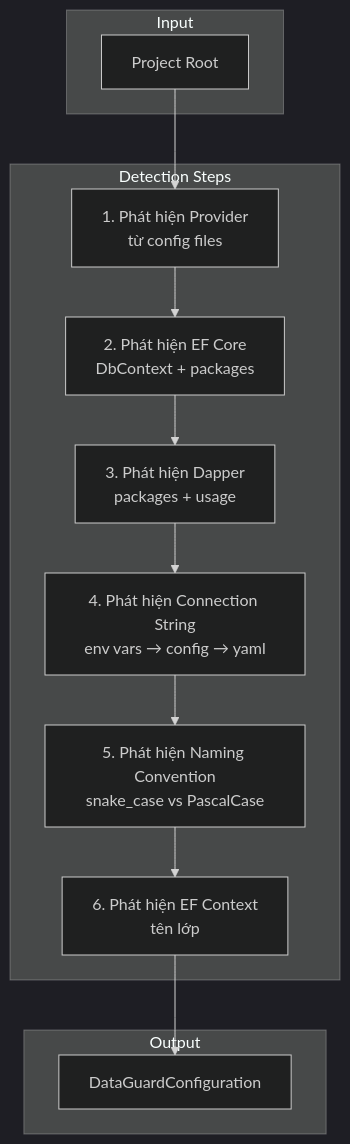
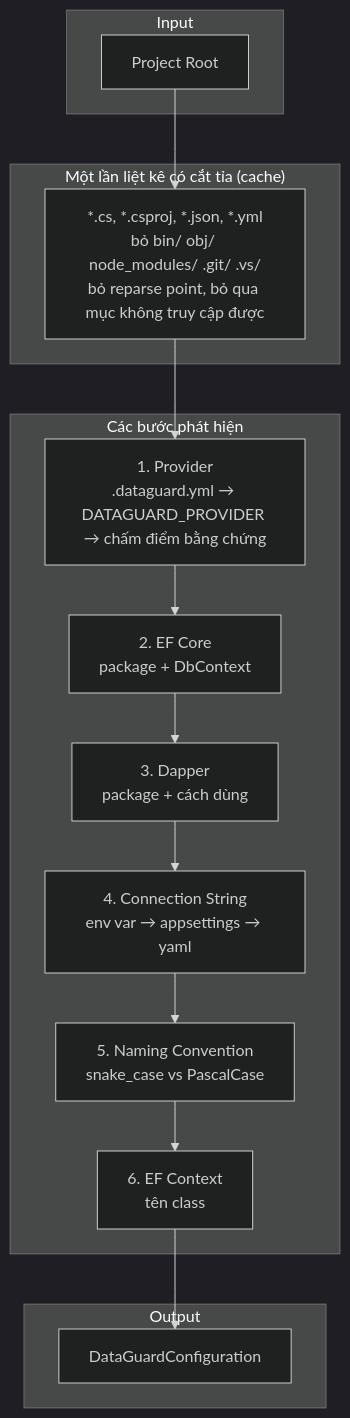
Before and after one commit to thanhnt-sm/eco_support_net_oracle: the first of 2 diagrams in docs/03-components/core/auto-detection.vi.md, drawn with Mermaid (dark theme). The commit also changed other lines of this file and 408 other files, not shown here.

````diff
--- a/docs/03-components/core/auto-detection.vi.md
+++ b/docs/03-components/core/auto-detection.vi.md
@@ -9,27 +9,25 @@
 ```mermaid
 flowchart TB
     subgraph Input
         ROOT[Project Root]
     end
 
-    subgraph Detection Steps
-        D1[1. Phát hiện Provider<br/>từ config files]
-        D2[2. Phát hiện EF Core<br/>DbContext + packages]
-        D3[3. Phát hiện Dapper<br/>packages + usage]
-        D4[4. Phát hiện Connection String<br/>env vars → config → yaml]
-        D5[5. Phát hiện Naming Convention<br/>snake_case vs PascalCase]
-        D6[6. Phát hiện EF Context<br/>tên lớp]
+    subgraph Scan["Một lần liệt kê có cắt tỉa (cache)"]
+        FILES[*.cs, *.csproj, *.json, *.yml<br/>bỏ bin/ obj/ node_modules/ .git/ .vs/<br/>bỏ reparse point, bỏ qua mục không truy cập được]
+    end
+
+    subgraph Steps["Các bước phát hiện"]
+        D1[1. Provider<br/>.dataguard.yml → DATAGUARD_PROVIDER → chấm điểm bằng chứng]
+        D2[2. EF Core<br/>package + DbContext]
+        D3[3. Dapper<br/>package + cách dùng]
+        D4[4. Connection String<br/>env var → appsettings → yaml]
+        D5[5. Naming Convention<br/>snake_case vs PascalCase]
+        D6[6. EF Context<br/>tên class]
     end
 
     subgraph Output
         CONFIG[DataGuardConfiguration]
     end
 
-    ROOT --> D1
-    D1 --> D2
-    D2 --> D3
-    D3 --> D4
-    D4 --> D5
-    D5 --> D6
-    D6 --> CONFIG
+    ROOT --> FILES --> D1 --> D2 --> D3 --> D4 --> D5 --> D6 --> CONFIG
 ```
````
